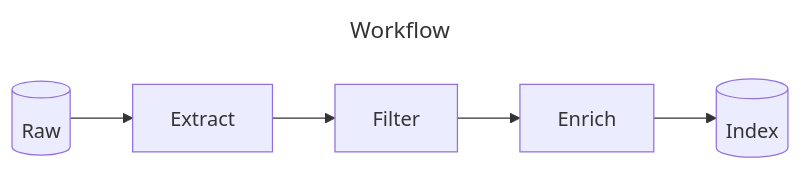
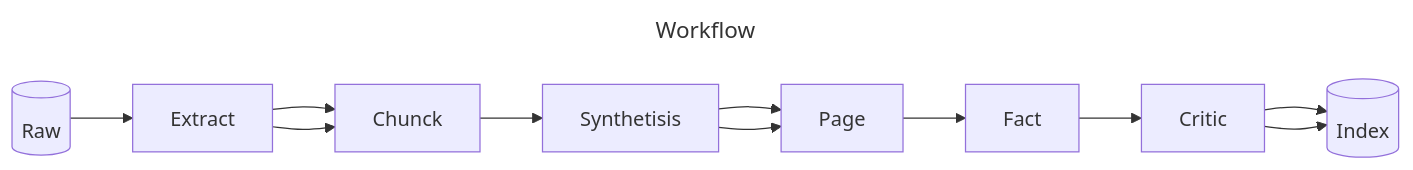
The first of 3 diagrams in README.md (microsoft/synthetic-rag-index), drawn with Mermaid before and after one commit. The commit also changed other lines of this file and 2 other files, not shown here.

First line of the commit message:
feat: Enlarge the amount of facts by using a page system

````diff
--- a/README.md
+++ b/README.md
@@ -17,16 +17,25 @@
 ```mermaid
 ---
 title: Workflow
 ---
 graph LR
-  enrich["Enrich"]
+  raw[("Raw")]
   extract["Extract"]
-  filter["Filter"]
+  chunck["Chunck"]
+  synthesis["Synthetisis"]
+  page["Page"]
+  fact["Fact"]
+  critic["Critic"]
   index[("Index")]
-  raw[("Raw")]
 
-  enrich --> index
-  extract --> filter
-  filter --> enrich
   raw --> extract
+  extract --> chunck
+  extract --> chunck
+  chunck --> synthesis
+  synthesis --> page
+  synthesis --> page
+  page --> fact
+  fact --> critic
+  critic --> index
+  critic --> index
 ```
````
